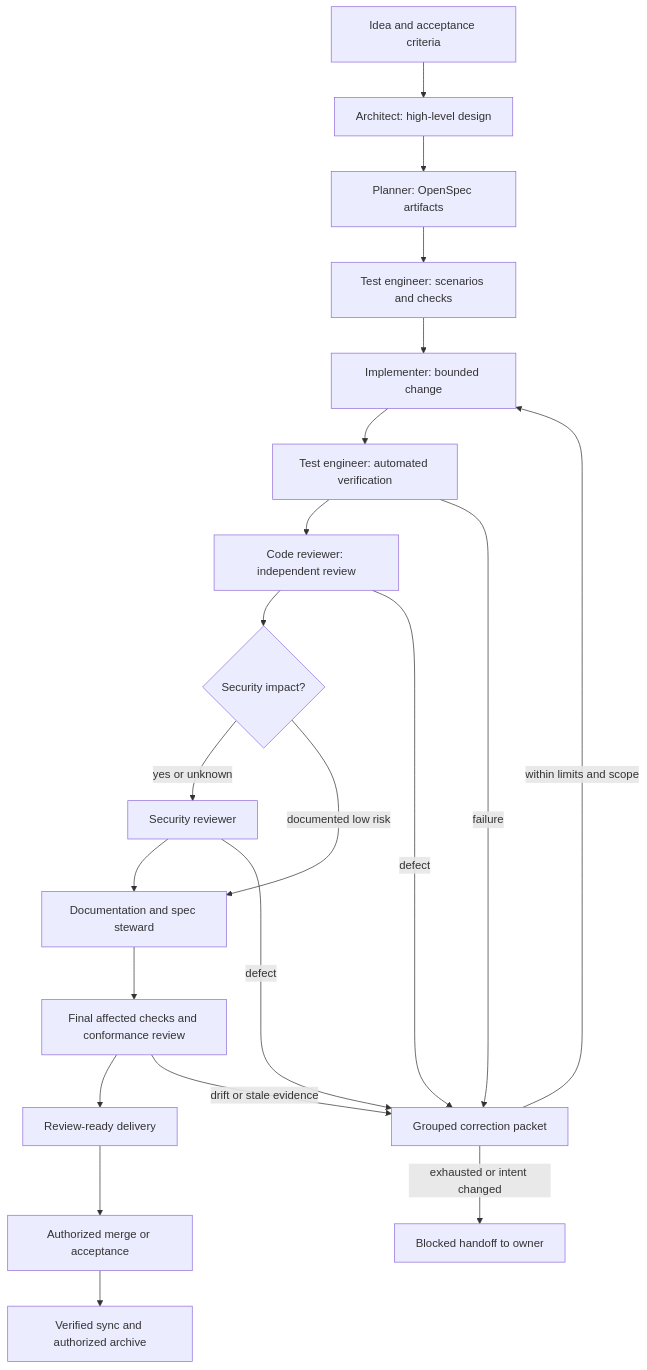
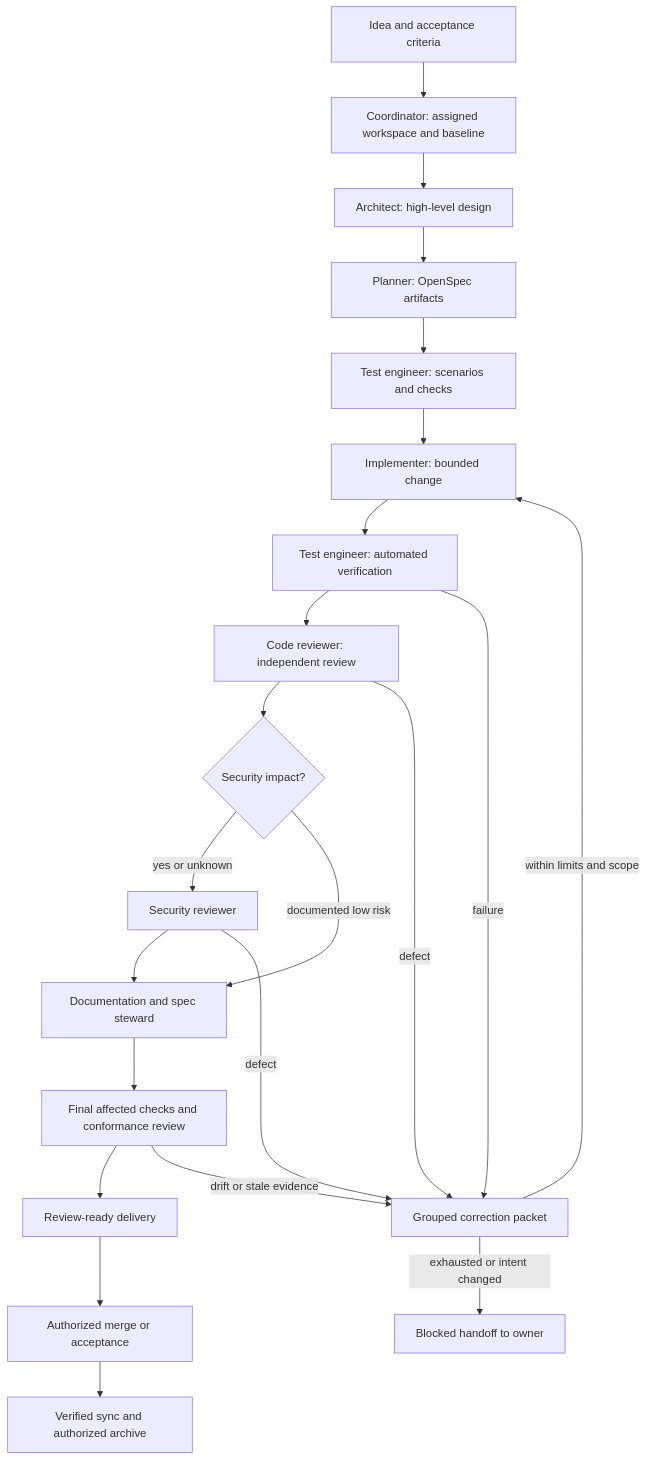
The diagram in skills/openspec-development-team/references/lifecycle.md (avedeler/ai-skills), drawn with Mermaid before and after one commit. The commit also changed other lines of this file and 25 other files, not shown here.

````diff
--- a/skills/openspec-development-team/references/lifecycle.md
+++ b/skills/openspec-development-team/references/lifecycle.md
@@ -6,23 +6,24 @@
 ```mermaid
 flowchart TD
-    A[Idea and acceptance criteria] --> B[Architect: high-level design]
+    A[Idea and acceptance criteria] --> W[Coordinator: assigned workspace and baseline]
+    W --> B[Architect: high-level design]
     B --> C[Planner: OpenSpec artifacts]
     C --> D[Test engineer: scenarios and checks]
     D --> E[Implementer: bounded change]
     E --> F[Test engineer: automated verification]
     F --> G[Code reviewer: independent review]
     G --> H{Security impact?}
     H -->|yes or unknown| I[Security reviewer]
     H -->|documented low risk| J[Documentation and spec steward]
     I --> J
     J --> K[Final affected checks and conformance review]
     K --> L[Review-ready delivery]
     F -->|failure| M[Grouped correction packet]
     G -->|defect| M
     I -->|defect| M
     K -->|drift or stale evidence| M
     M -->|within limits and scope| E
     M -->|exhausted or intent changed| N[Blocked handoff to owner]
     L --> O[Authorized merge or acceptance]
     O --> P[Verified sync and authorized archive]
 ```
````
